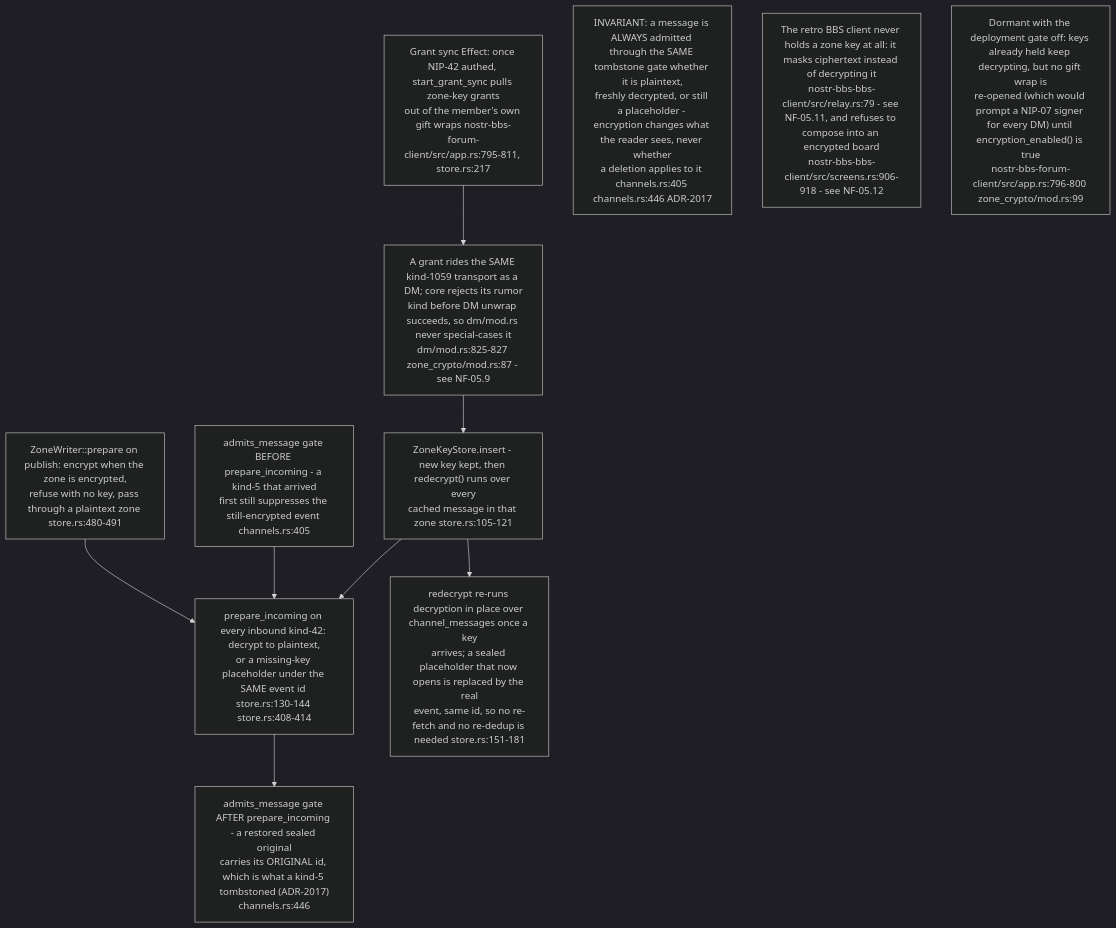
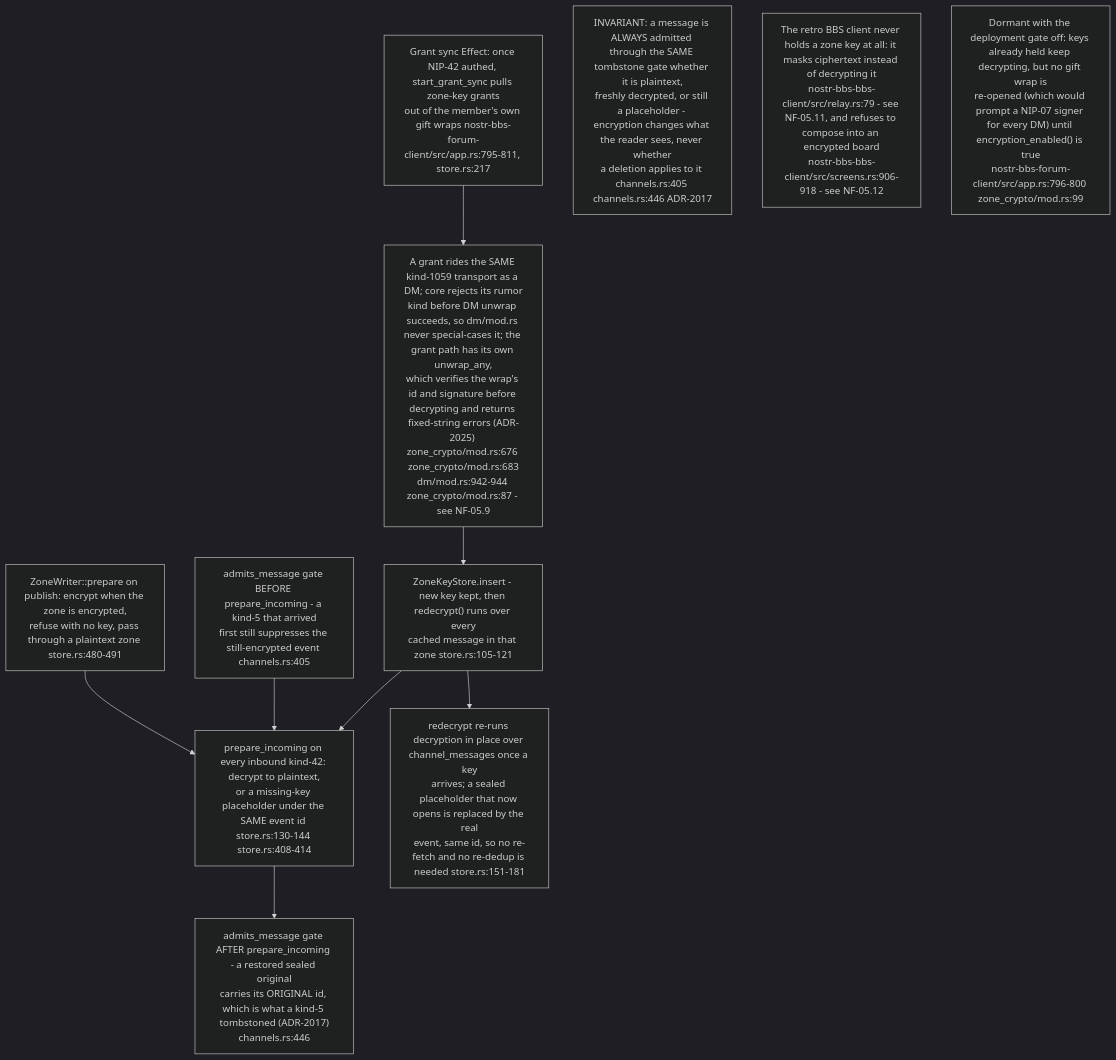
Before and after one commit to DreamLab-AI/VisionFlow: diagram 16 of 17 in docs/diagrams/nostr-rust-forum/05-leptos-clients-onboarding-messaging-governance.md, drawn with Mermaid (dark theme). The commit also changed other lines of this file and 160 other files, not shown here.

````diff
--- a/docs/diagrams/nostr-rust-forum/05-leptos-clients-onboarding-messaging-governance.md
+++ b/docs/diagrams/nostr-rust-forum/05-leptos-clients-onboarding-messaging-governance.md
@@ -504,21 +520,21 @@
 ```mermaid
 flowchart TB
     GRANT["Grant sync Effect: once NIP-42 authed, start_grant_sync pulls zone-key grants<br/>out of the member's own gift wraps nostr-bbs-forum-client/src/app.rs:795-811, store.rs:217"]
-    DISP["A grant rides the SAME kind-1059 transport as a DM; core rejects its rumor<br/>kind before DM unwrap succeeds, so dm/mod.rs never special-cases it<br/>dm/mod.rs:825-827 zone_crypto/mod.rs:87 - see NF-05.9"]
+    DISP["A grant rides the SAME kind-1059 transport as a DM; core rejects its rumor<br/>kind before DM unwrap succeeds, so dm/mod.rs never special-cases it; the grant path has its own unwrap_any,<br/>which verifies the wrap's id and signature before decrypting and returns fixed-string errors (ADR-2025) zone_crypto/mod.rs:676 zone_crypto/mod.rs:683<br/>dm/mod.rs:942-944 zone_crypto/mod.rs:87 - see NF-05.9"]
     KEYSTORE["ZoneKeyStore.insert - new key kept, then redecrypt() runs over every<br/>cached message in that zone store.rs:105-121"]
     WRITE["ZoneWriter::prepare on publish: encrypt when the zone is encrypted,<br/>refuse with no key, pass through a plaintext zone store.rs:480-491"]
     INGEST["prepare_incoming on every inbound kind-42: decrypt to plaintext,<br/>or a missing-key placeholder under the SAME event id store.rs:130-144 store.rs:408-414"]
     TOMB1["admits_message gate BEFORE prepare_incoming - a kind-5 that arrived<br/>first still suppresses the still-encrypted event channels.rs:405"]
     TOMB2["admits_message gate AFTER prepare_incoming - a restored sealed original<br/>carries its ORIGINAL id, which is what a kind-5 tombstoned (ADR-2017)<br/>channels.rs:446"]
     REDECRYPT["redecrypt re-runs decryption in place over channel_messages once a key<br/>arrives; a sealed placeholder that now opens is replaced by the real<br/>event, same id, so no re-fetch and no re-dedup is needed store.rs:151-181"]
 
     GRANT --> DISP --> KEYSTORE --> REDECRYPT
     WRITE --> INGEST
     INGEST --> TOMB2
     TOMB1 --> INGEST
     KEYSTORE --> INGEST
 
     N1["INVARIANT: a message is ALWAYS admitted through the SAME tombstone gate whether it is plaintext,<br/>freshly decrypted, or still a placeholder - encryption changes what the reader sees, never whether<br/>a deletion applies to it channels.rs:405 channels.rs:446 ADR-2017"]
     N2["The retro BBS client never holds a zone key at all: it masks ciphertext instead of decrypting it<br/>nostr-bbs-bbs-client/src/relay.rs:79 - see NF-05.11, and refuses to compose into an encrypted board<br/>nostr-bbs-bbs-client/src/screens.rs:906-918 - see NF-05.12"]
     N3["Dormant with the deployment gate off: keys already held keep decrypting, but no gift wrap is<br/>re-opened (which would prompt a NIP-07 signer for every DM) until encryption_enabled() is true<br/>nostr-bbs-forum-client/src/app.rs:796-800 zone_crypto/mod.rs:99"]
 ```
````
